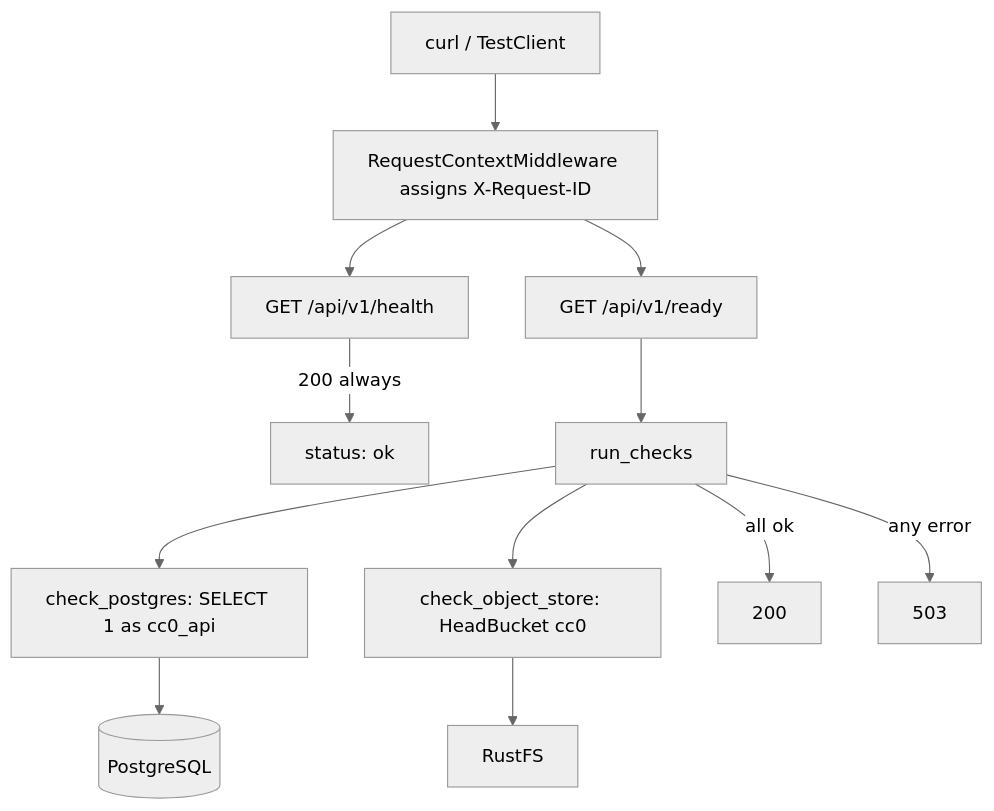
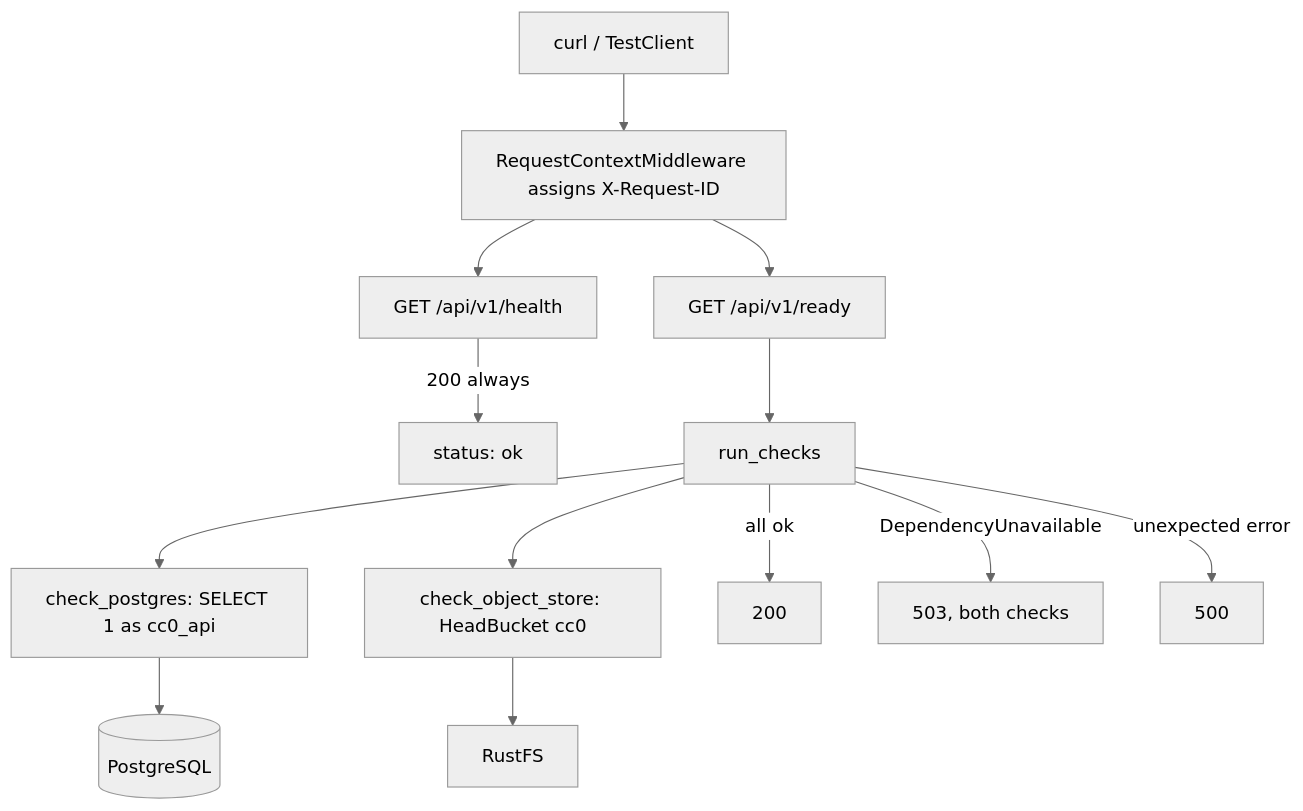
Before and after one commit to justinleski/cc0: the diagram in docs/systems/api.md, drawn with Mermaid (neutral theme). The commit also changed other lines of this file and 8 other files, not shown here.

````diff
--- a/docs/systems/api.md
+++ b/docs/systems/api.md
@@ -18,14 +18,15 @@
 ```mermaid
 flowchart TB
   CLIENT["curl / TestClient"] --> MW["RequestContextMiddleware assigns X-Request-ID"]
   MW --> HEALTH["GET /api/v1/health"]
   MW --> READY["GET /api/v1/ready"]
   HEALTH -->|"200 always"| OUT200["status: ok"]
   READY --> RUN["run_checks"]
   RUN --> CPG["check_postgres: SELECT 1 as cc0_api"]
   RUN --> COBJ["check_object_store: HeadBucket cc0"]
   CPG --> PG[("PostgreSQL")]
   COBJ --> FS["RustFS"]
   RUN -->|"all ok"| OUT["200"]
-  RUN -->|"any error"| OUT503["503"]
+  RUN -->|"DependencyUnavailable"| OUT503["503, both checks"]
+  RUN -->|"unexpected error"| OUT500["500"]
 ```
````
